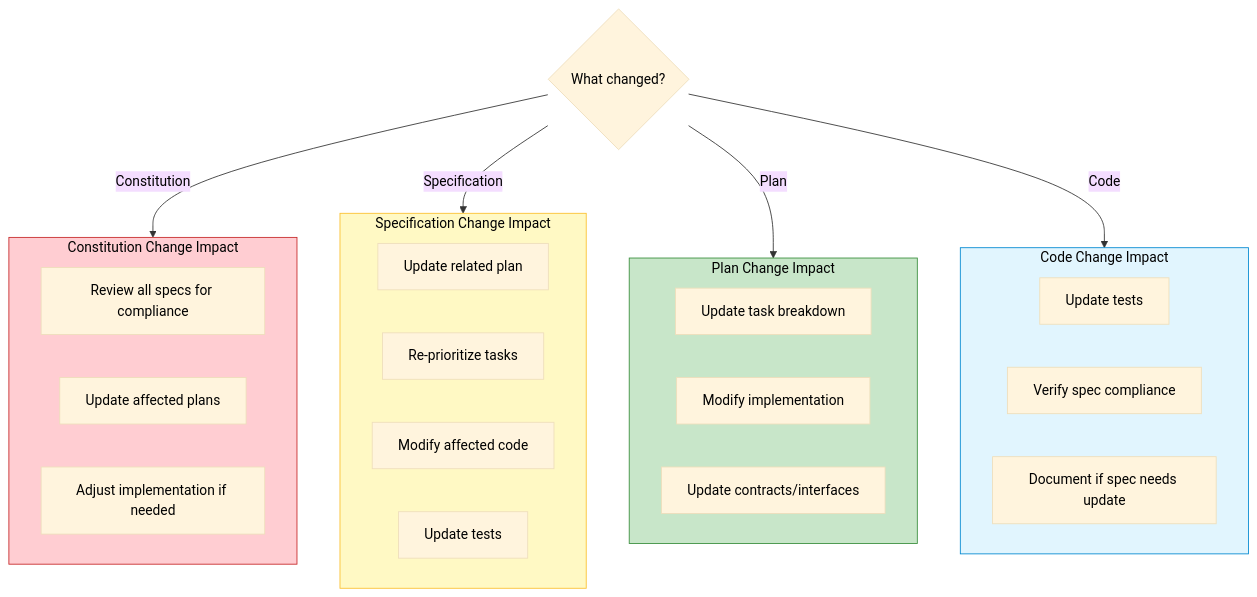
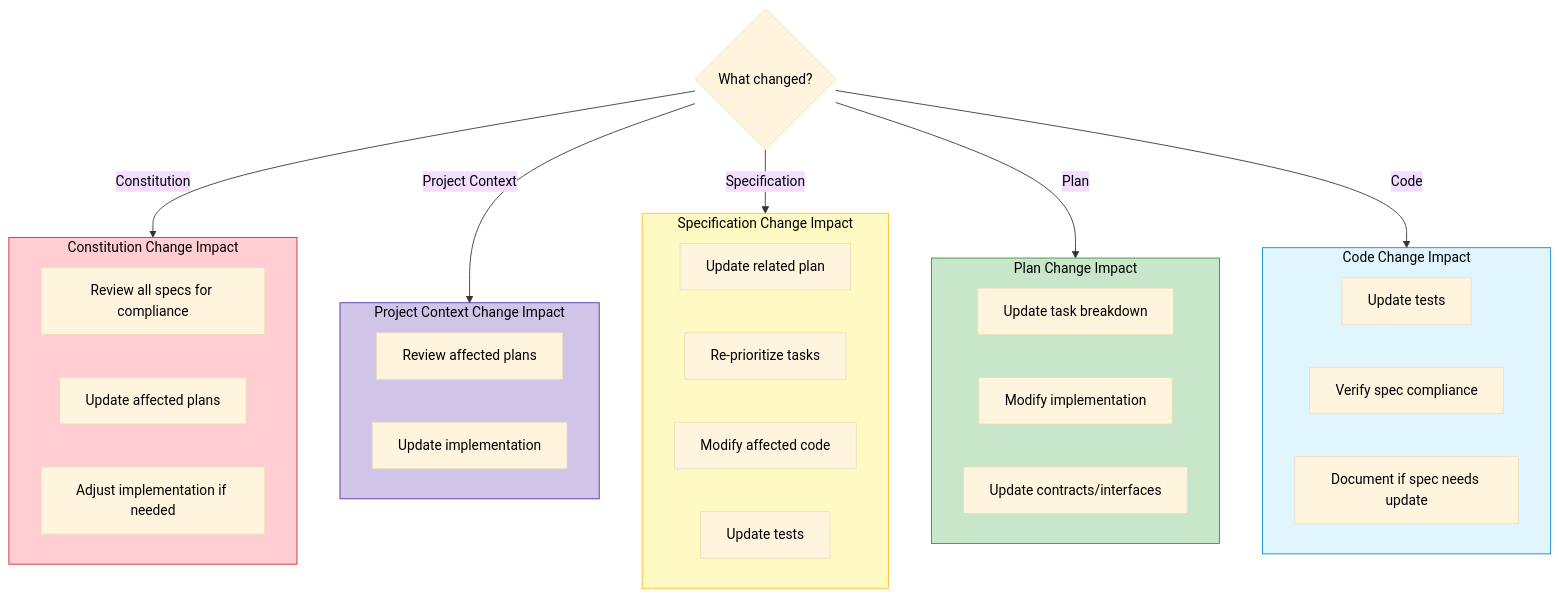
One commit to Trindade11/Teste changed the seventh of 7 diagrams in .specify/docs/flows/artifact-relationships.md. Above: the diagram before and after it, drawn with Mermaid. The commit also changed other lines of this file and 25 other files, not shown here.

````diff
--- a/.specify/docs/flows/artifact-relationships.md
+++ b/.specify/docs/flows/artifact-relationships.md
@@ -241,40 +266,48 @@
 ```mermaid
 %%{init: {'theme': 'base', 'themeVariables': { 'primaryTextColor': '#000', 'secondaryTextColor': '#000', 'tertiaryTextColor': '#000', 'lineColor': '#333'}}}%%
 flowchart TD
     Change{What changed?}
     
     Change -->|Constitution| ImpactConst
+    Change -->|Project Context| ImpactContext
     Change -->|Specification| ImpactSpec
     Change -->|Plan| ImpactPlan
     Change -->|Code| ImpactCode
     
     subgraph ImpactConst["Constitution Change Impact"]
         IC1[Review all specs for compliance]
         IC2[Update affected plans]
         IC3[Adjust implementation if needed]
+    end
+    
+    subgraph ImpactContext["Project Context Change Impact"]
+        direction LR
+        IX1[Review affected plans]
+        IX2[Update implementation]
     end
     
     subgraph ImpactSpec["Specification Change Impact"]
         IS1[Update related plan]
         IS2[Re-prioritize tasks]
         IS3[Modify affected code]
         IS4[Update tests]
     end
     
     subgraph ImpactPlan["Plan Change Impact"]
         IP1[Update task breakdown]
         IP2[Modify implementation]
         IP3[Update contracts/interfaces]
     end
     
     subgraph ImpactCode["Code Change Impact"]
         IC4[Update tests]
         IC5[Verify spec compliance]
         IC6[Document if spec needs update]
     end
     
     style ImpactConst fill:#ffcdd2,stroke:#c62828,color:#000
+    style ImpactContext fill:#d1c4e9,stroke:#512da8,color:#000
     style ImpactSpec fill:#fff9c4,stroke:#fbc02d,color:#000
     style ImpactPlan fill:#c8e6c9,stroke:#388e3c,color:#000
     style ImpactCode fill:#e1f5fe,stroke:#0288d1,color:#000
 ```
````
